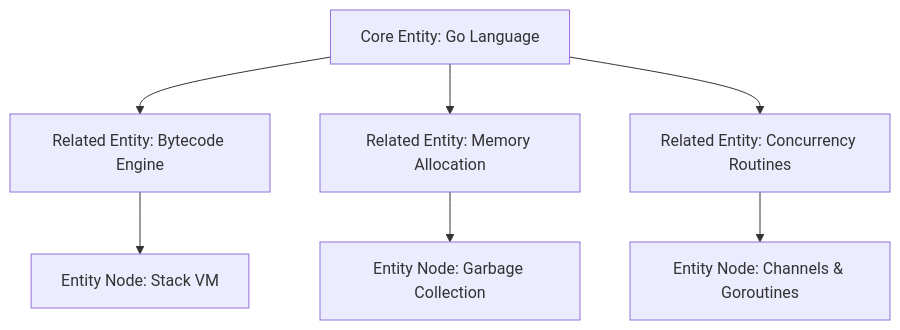
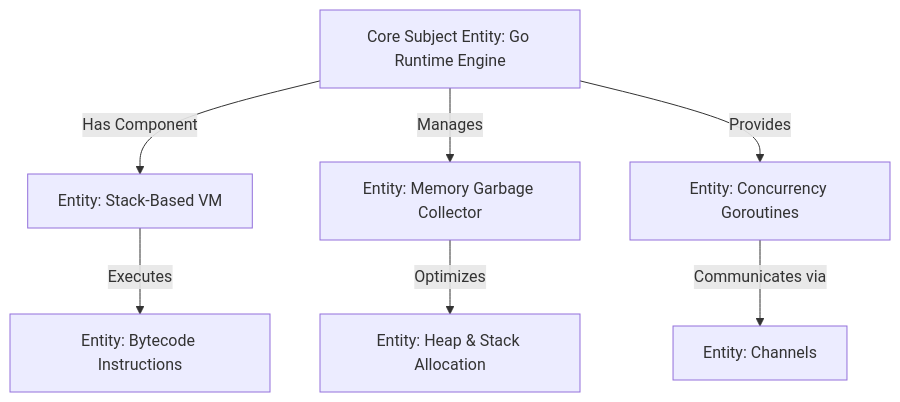
Before and after one commit to seoerai/seo: the diagram in semantic-seo-and-entities/README.md, drawn with Mermaid. The commit also changed other lines of this file and 3 other files, not shown here.

Commit message:
docs: expand AI SEO, pSEO, Semantic Entities and Schema microdata specs

````diff
--- a/semantic-seo-and-entities/README.md
+++ b/semantic-seo-and-entities/README.md
@@ -11,9 +11,9 @@
 ```mermaid
 flowchart TD
-    A[Core Entity: Go Language] --> B[Related Entity: Bytecode Engine]
-    A --> C[Related Entity: Memory Allocation]
-    A --> D[Related Entity: Concurrency Routines]
-    B --> E[Entity Node: Stack VM]
-    C --> F[Entity Node: Garbage Collection]
-    D --> G[Entity Node: Channels & Goroutines]
+    A[Core Subject Entity: Go Runtime Engine] -->|Has Component| B[Entity: Stack-Based VM]
+    A -->|Manages| C[Entity: Memory Garbage Collector]
+    A -->|Provides| D[Entity: Concurrency Goroutines]
+    B -->|Executes| E[Entity: Bytecode Instructions]
+    C -->|Optimizes| F[Entity: Heap & Stack Allocation]
+    D -->|Communicates via| G[Entity: Channels]
 ```
````
